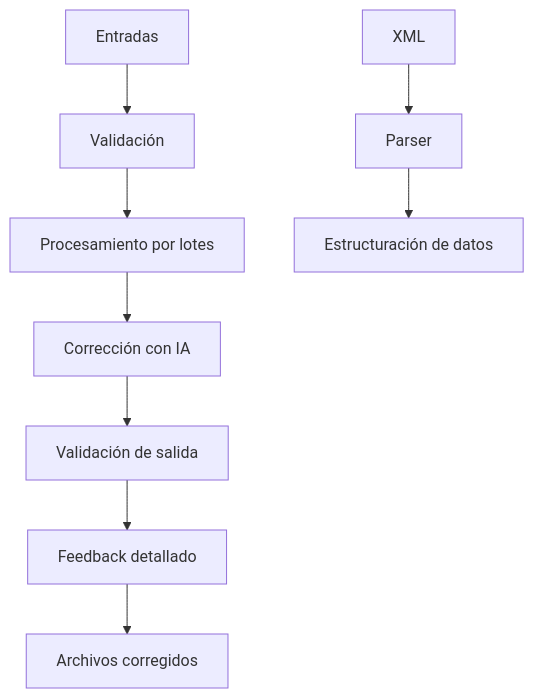
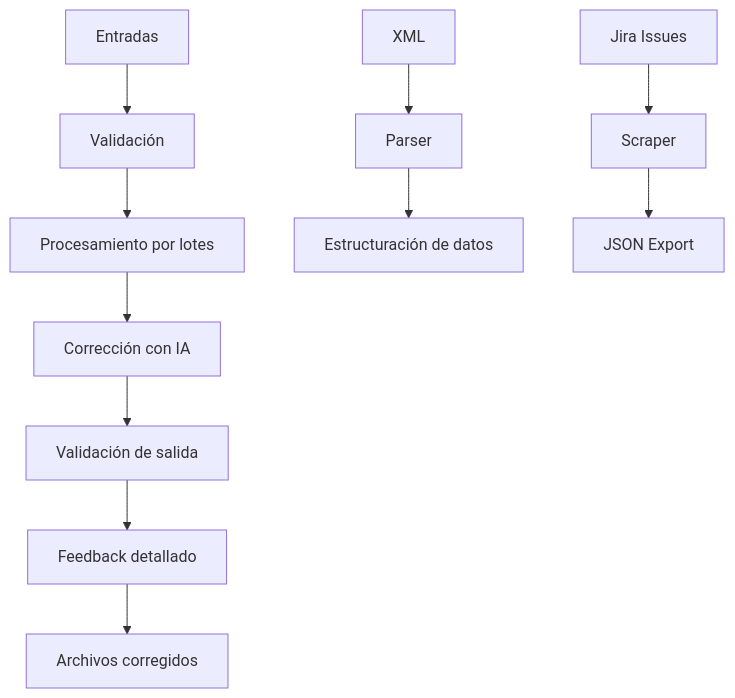
Before and after one commit to R0SEWT/tests_automation: the diagram in README.md, drawn with Mermaid. The commit also changed other lines of this file, not shown here.

````diff
--- a/README.md
+++ b/README.md
@@ -240,11 +248,13 @@
 ```mermaid
 graph TD
     A[Entradas] --> B[Validación]
     B --> C[Procesamiento por lotes]
     C --> D[Corrección con IA]
     D --> E[Validación de salida]
     E --> F[Feedback detallado]
     F --> G[Archivos corregidos]
     H[XML] --> I[Parser]
     I --> J[Estructuración de datos]
+    K[Jira Issues] --> L[Scraper]
+    L --> M[JSON Export]
 ```
````
